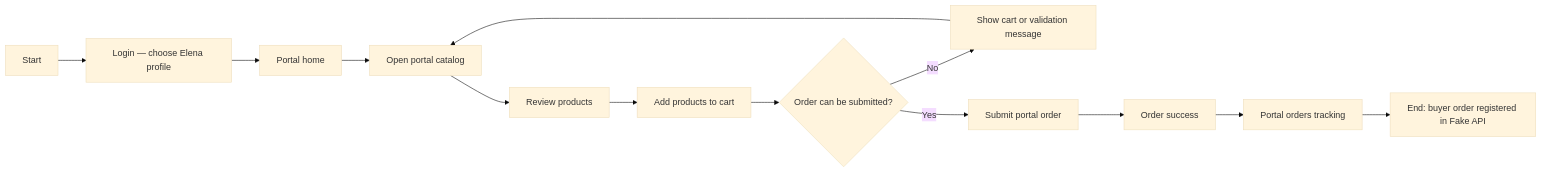
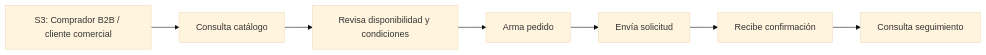
The diagram in report/40-chapter-4-product-design/4-4-web-applications-ux-ui-design.md (upc-pre-202610-1asi0730-12242-king/nexa-ecosystem-report), drawn with Mermaid (base theme) before and after one commit. The commit also changed other lines of this file and 255 other files, not shown here.

First line of the commit message:
docs(ch4): structure ux flows by resolution level

````diff
--- a/report/40-chapter-4-product-design/4-4-web-applications-ux-ui-design.md
+++ b/report/40-chapter-4-product-design/4-4-web-applications-ux-ui-design.md
@@ -295,15 +280,9 @@
 ```mermaid
 flowchart LR
-    A["Start"] --> B["Login — choose Elena profile"]
-    B --> C["Portal home"]
-    C --> D["Open portal catalog"]
-    D --> E["Review products"]
-    E --> F["Add products to cart"]
-    F --> G{"Order can be submitted?"}
-    G -- "No" --> H["Show cart or validation message"]
-    H --> D
-    G -- "Yes" --> I["Submit portal order"]
-    I --> J["Order success"]
-    J --> K["Portal orders tracking"]
-    K --> L["End: buyer order registered in Fake API"]
+    A["S3: Comprador B2B / cliente comercial"] --> B["Consulta catálogo"]
+    B --> C["Revisa disponibilidad y condiciones"]
+    C --> D["Arma pedido"]
+    D --> E["Envía solicitud"]
+    E --> F["Recibe confirmación"]
+    F --> G["Consulta seguimiento"]
 ```
````
